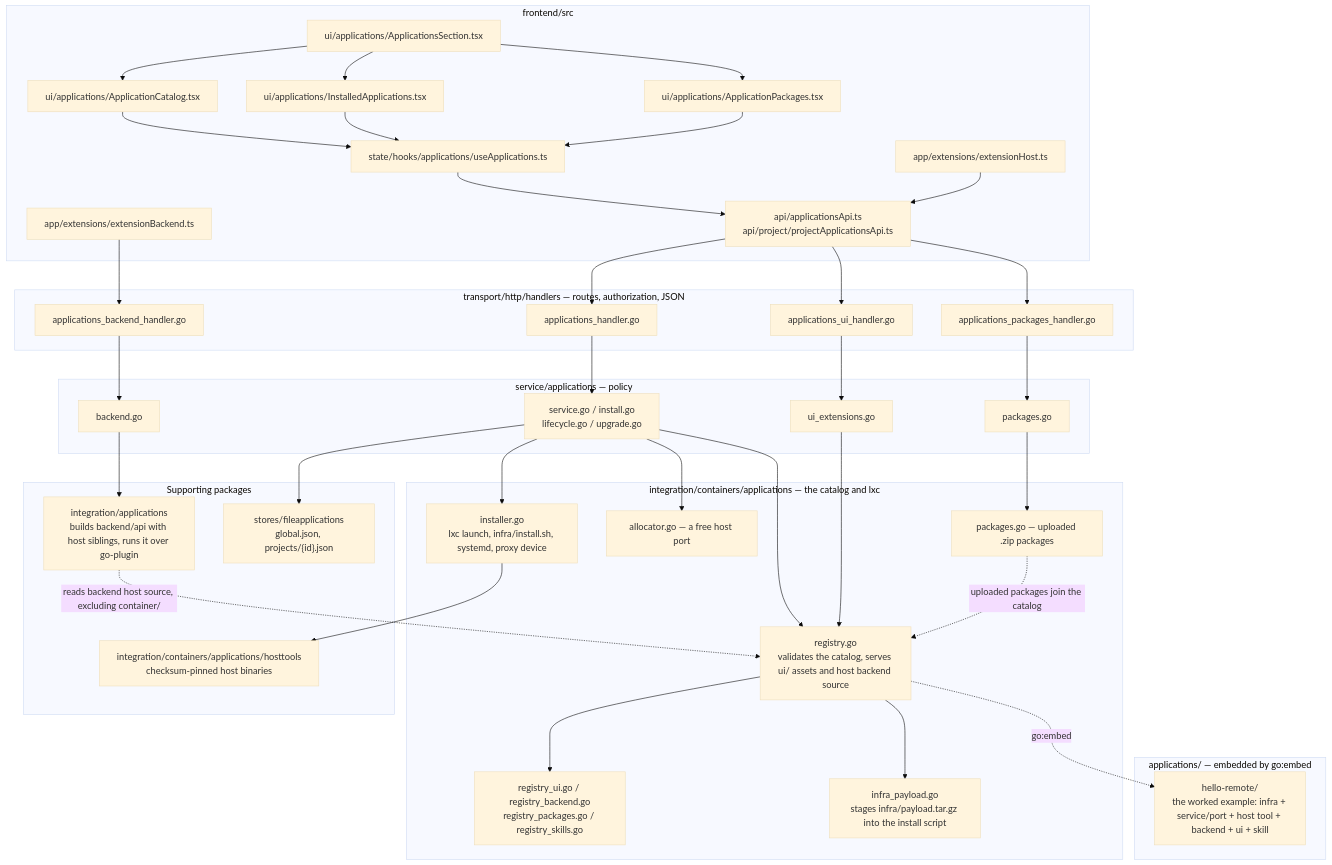
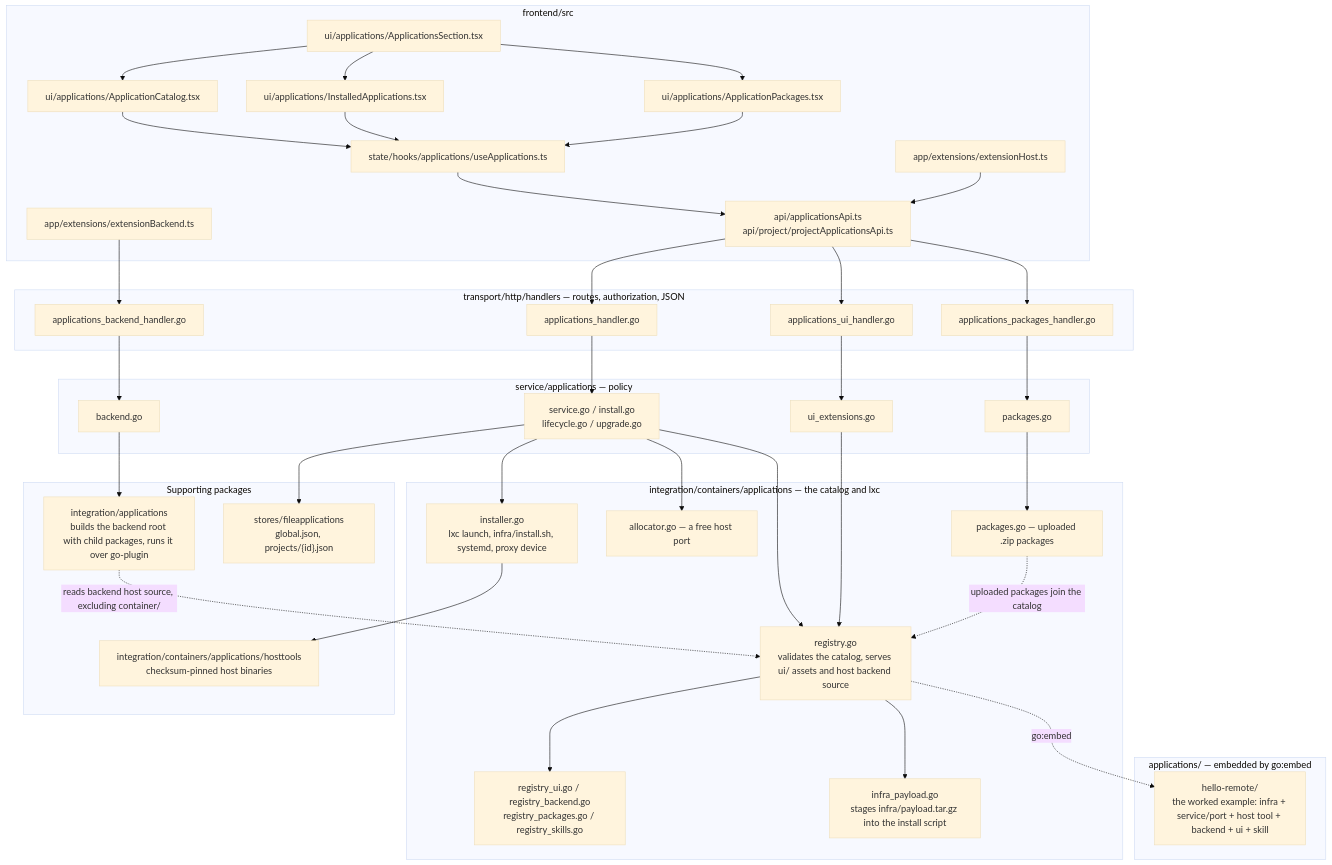
The first of 2 diagrams in docs/dev/installable-applications/01-overview.md (Ahmedwaleed22/remote.futrx), drawn with Mermaid (base theme) before and after one commit. The commit also changed other lines of this file and 37 other files, not shown here.

Commit message:
refactor(applications): make backend root the composition layer

````diff
--- a/docs/dev/installable-applications/01-overview.md
+++ b/docs/dev/installable-applications/01-overview.md
@@ -110,79 +113,79 @@
 ```mermaid
 flowchart TB
     subgraph Frontend["frontend/src"]
         FE_Section["ui/applications/ApplicationsSection.tsx"]
         FE_Catalog["ui/applications/ApplicationCatalog.tsx"]
         FE_Installed["ui/applications/InstalledApplications.tsx"]
         FE_Packages["ui/applications/ApplicationPackages.tsx"]
         FE_Hook["state/hooks/applications/useApplications.ts"]
         FE_Api["api/applicationsApi.ts<br/>api/project/projectApplicationsApi.ts"]
         FE_ExtHost["app/extensions/extensionHost.ts"]
         FE_ExtBackend["app/extensions/extensionBackend.ts"]
     end
 
     subgraph HTTP["transport/http/handlers — routes, authorization, JSON"]
         H_Main["applications_handler.go"]
         H_UI["applications_ui_handler.go"]
         H_Backend["applications_backend_handler.go"]
         H_Packages["applications_packages_handler.go"]
     end
 
     subgraph Service["service/applications — policy"]
         S_Service["service.go / install.go<br/>lifecycle.go / upgrade.go"]
         S_UIExt["ui_extensions.go"]
         S_Backend["backend.go"]
         S_Packages["packages.go"]
     end
 
     subgraph Integration["integration/containers/applications — the catalog and lxc"]
         I_Registry["registry.go<br/>validates the catalog, serves ui/ assets and host backend source"]
         I_RegParts["registry_ui.go / registry_backend.go<br/>registry_packages.go / registry_skills.go"]
         I_Payload["infra_payload.go<br/>stages infra/payload.tar.gz into the install script"]
         I_Installer["installer.go<br/>lxc launch, infra/install.sh, systemd, proxy device"]
         I_Allocator["allocator.go — a free host port"]
         I_Packages["packages.go — uploaded .zip packages"]
     end
 
     subgraph Support["Supporting packages"]
-        P_ApplicationHost["integration/applications<br/>builds backend/api with host siblings, runs it over go-plugin"]
+        P_ApplicationHost["integration/applications<br/>builds the backend root with child packages, runs it over go-plugin"]
         P_FileApps["stores/fileapplications<br/>global.json, projects/{id}.json"]
         P_HostTools["integration/containers/applications/hosttools<br/>checksum-pinned host binaries"]
     end
 
     subgraph Catalog["applications/ — embedded by go:embed"]
         C_Hello["hello-remote/<br/>the worked example: infra + service/port + host tool + backend + ui + skill"]
     end
 
     FE_Section --> FE_Catalog
     FE_Section --> FE_Installed
     FE_Section --> FE_Packages
     FE_Catalog --> FE_Hook
     FE_Installed --> FE_Hook
     FE_Packages --> FE_Hook
     FE_Hook --> FE_Api
     FE_ExtHost --> FE_Api
     FE_Api --> H_Main
     FE_Api --> H_UI
     FE_Api --> H_Packages
     FE_ExtBackend --> H_Backend
 
     H_Main --> S_Service
     H_UI --> S_UIExt
     H_Backend --> S_Backend
     H_Packages --> S_Packages
 
     S_Service --> I_Registry
     S_Service --> I_Installer
     S_Service --> I_Allocator
     S_Service --> P_FileApps
     S_UIExt --> I_Registry
     S_Backend --> P_ApplicationHost
     S_Packages --> I_Packages
 
     I_Registry --> I_RegParts
     I_Registry --> I_Payload
     I_Registry -. go:embed .-> C_Hello
     I_Installer --> P_HostTools
     I_Packages -. uploaded packages join the catalog .-> I_Registry
     P_ApplicationHost -. reads backend host source, excluding container/ .-> I_Registry
 ```
````
